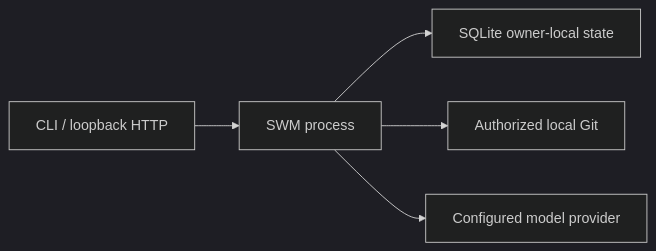
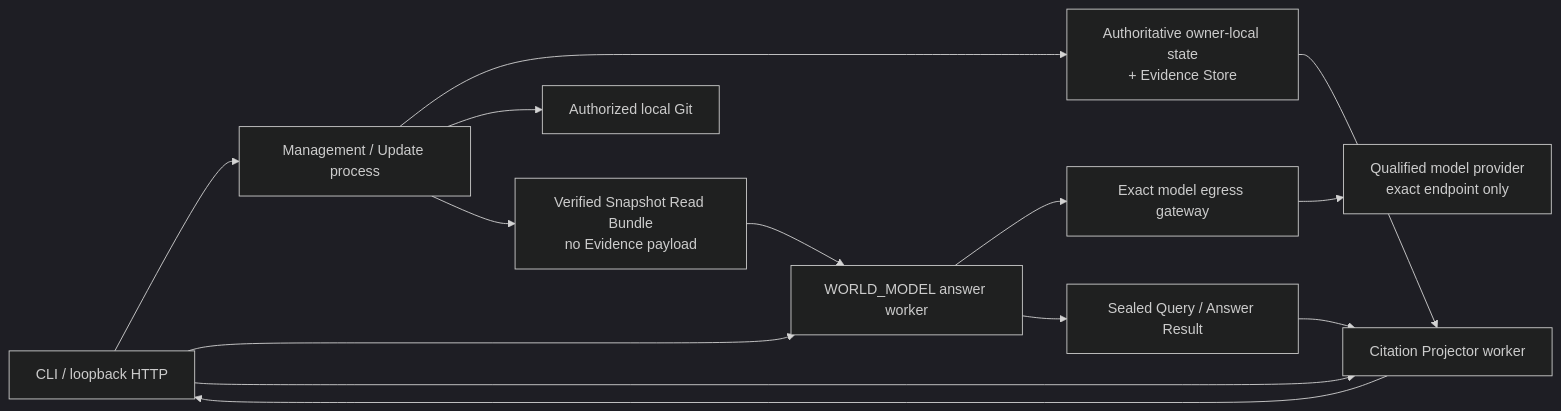
One commit to baitianxia/software-world-model changed the diagram in docs/system/architecture/deployment.md. Above: the diagram before and after it, drawn with Mermaid (dark theme). The commit also changed other lines of this file and 115 other files, not shown here.

Commit message:
docs: prepare structure world model iteration

````diff
--- a/docs/system/architecture/deployment.md
+++ b/docs/system/architecture/deployment.md
@@ -16,7 +16,16 @@
 ```mermaid
 flowchart LR
-    B["CLI / loopback HTTP"] --> P["SWM process"]
-    P --> DB["SQLite owner-local state"]
+    B["CLI / loopback HTTP"] --> P["Management / Update process"]
+    P --> DB["Authoritative owner-local state<br/>+ Evidence Store"]
     P --> GIT["Authorized local Git"]
-    P --> AI["Configured model provider"]
+    P --> RB["Verified Snapshot Read Bundle<br/>no Evidence payload"]
+    B --> Q["WORLD_MODEL answer worker"]
+    RB --> Q
+    Q --> MG["Exact model egress gateway"]
+    MG --> AI["Qualified model provider<br/>exact endpoint only"]
+    Q --> SR["Sealed Query / Answer Result"]
+    B --> CP["Citation Projector worker"]
+    SR --> CP
+    DB --> CP
+    CP --> B
 ```
````
